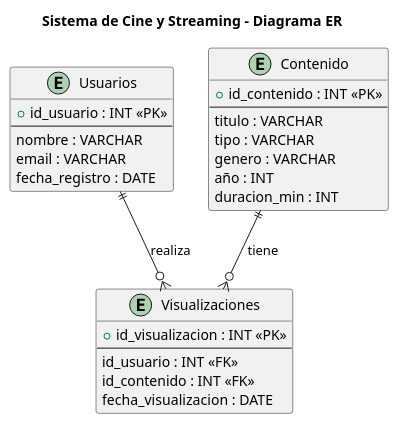
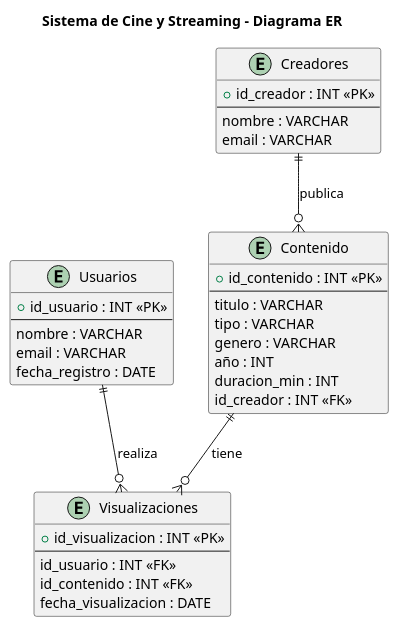
Before and after one commit to Almonacid98/streaming-platform: the diagram in docs/diagram.puml, drawn with PlantUML. The commit also changed 1 other file, not shown here.

```diff
--- a/docs/diagram.puml
+++ b/docs/diagram.puml
@@ -1,33 +1,42 @@
 @startuml
 title Sistema de Cine y Streaming - Diagrama ER
 
 entity Usuarios {
   + id_usuario : INT <<PK>>
   --
   nombre : VARCHAR
   email : VARCHAR
   fecha_registro : DATE
 }
 
+entity Creadores {
+  + id_creador : INT <<PK>>
+  --
+  nombre : VARCHAR
+  email : VARCHAR
+}
+
 entity Contenido {
   + id_contenido : INT <<PK>>
   --
   titulo : VARCHAR
   tipo : VARCHAR
   genero : VARCHAR
   año : INT
   duracion_min : INT
+  id_creador : INT <<FK>>
 }
 
 entity Visualizaciones {
   + id_visualizacion : INT <<PK>>
   --
   id_usuario : INT <<FK>>
   id_contenido : INT <<FK>>
   fecha_visualizacion : DATE
 }
 
 Usuarios ||--o{ Visualizaciones : realiza
 Contenido ||--o{ Visualizaciones : tiene
+Creadores ||--o{ Contenido : publica
 
 @enduml
```
